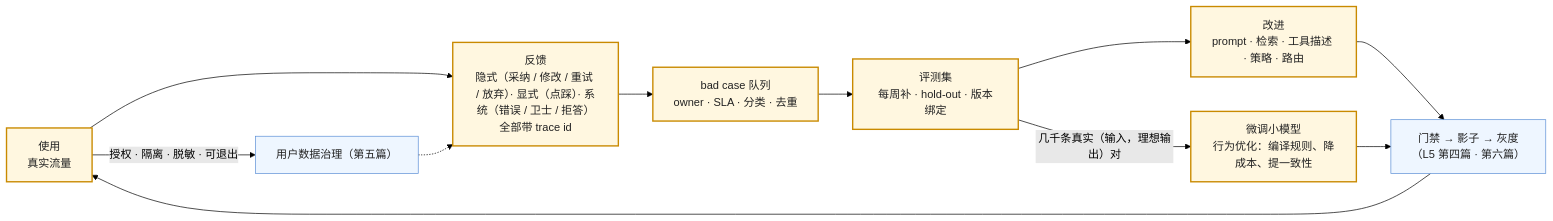
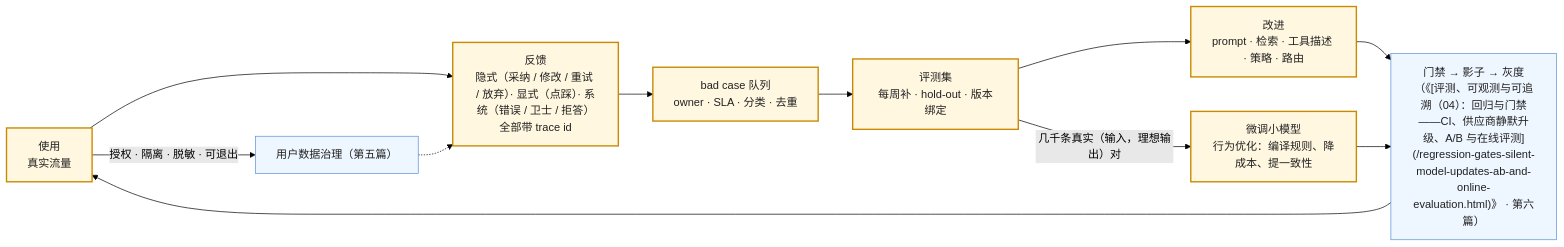
One commit to arganzheng/arganzheng.github.com changed the eighth of 8 diagrams in slides/2026-11-14-production-and-operations.md. Above: the diagram before and after it, drawn with Mermaid (forest theme). The commit also changed other lines of this file and 128 other files, not shown here.

Commit message:
（01）预训练端到端：MPS 定义、Common Crawl 配比列表、六章改名「定长的训练样本」补切碎文档的说明与打包示意图、自测竖线转义（#245）；全站 L 层简写引用换成《系列名》链接（#244）

````diff
--- a/slides/2026-11-14-production-and-operations.md
+++ b/slides/2026-11-14-production-and-operations.md
@@ -265,19 +265,19 @@
 ```mermaid
 %%{init: {"flowchart": {"wrappingWidth": 180}}}%%
 flowchart LR
     U["使用<br/>真实流量"] --> F["反馈<br/>隐式（采纳 / 修改 / 重试 / 放弃）· 显式（点踩）· 系统（错误 / 卫士 / 拒答）<br/>全部带 trace id"]
     F --> Q["bad case 队列<br/>owner · SLA · 分类 · 去重"]
     Q --> E["评测集<br/>每周补 · hold-out · 版本绑定"]
     E --> I["改进<br/>prompt · 检索 · 工具描述 · 策略 · 路由"]
-    I --> G["门禁 → 影子 → 灰度<br/>（L5 第四篇 · 第六篇）"]
+    I --> G["门禁 → 影子 → 灰度<br/>（《[评测、可观测与可追溯（04）：回归与门禁——CI、供应商静默升级、A/B 与在线评测](/regression-gates-silent-model-updates-ab-and-online-evaluation.html)》 · 第六篇）"]
     G --> U
     E -->|"几千条真实（输入，理想输出）对"| FT["微调小模型<br/>行为优化：编译规则、降成本、提一致性"]
     FT --> G
     U -->|"授权 · 隔离 · 脱敏 · 可退出"| D["用户数据治理（第五篇）"]
     D -.-> F
 
     classDef step fill:#fff7e0,stroke:#c98a00,stroke-width:2px,color:#222
     classDef gate fill:#eef6ff,stroke:#5b8fd6,color:#222
     class U,F,Q,E,I,FT step
     class G,D gate
 ```
````
